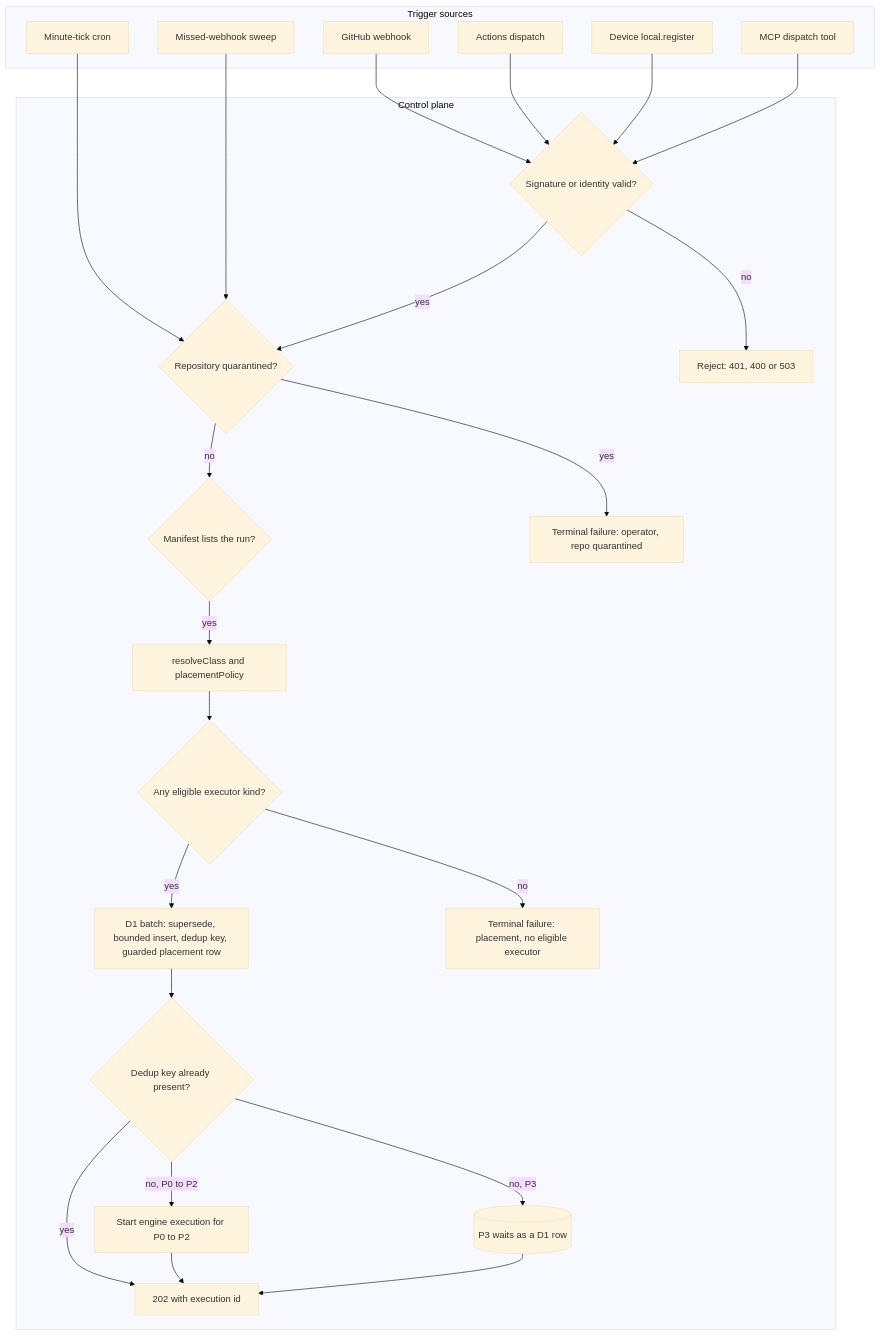
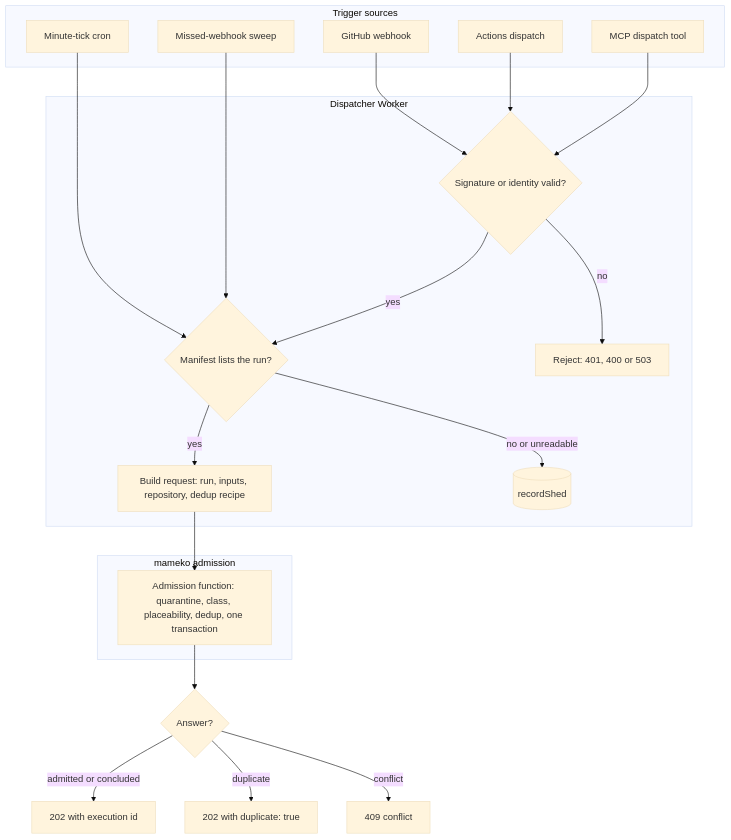
One commit to fractalboxdev/flare-dispatch changed the first of 3 diagrams in specs/intake.md. Above: the diagram before and after it, drawn with Mermaid (base theme). The commit also changed other lines of this file and 45 other files, not shown here.

````diff
--- a/specs/intake.md
+++ b/specs/intake.md
@@ -49,54 +56,47 @@
 ```mermaid
 flowchart TB
-  accTitle: Intake path from trigger to engine execution
+  accTitle: Intake path from trigger to admission
   subgraph src["Trigger sources"]
     gh[GitHub webhook]
     act[Actions dispatch]
     cron[Minute-tick cron]
     sweep[Missed-webhook sweep]
-    dev[Device local.register]
     mcp[MCP dispatch tool]
   end
-  subgraph cp["Control plane"]
+  subgraph cp["Dispatcher Worker"]
     auth{Signature or identity valid?}
-    quar{Repository quarantined?}
     man{Manifest lists the run?}
-    cls[resolveClass and placementPolicy]
-    elig{Any eligible executor kind?}
-    batch["D1 batch: supersede, bounded insert, dedup key, guarded placement row"]
-    dup{Dedup key already present?}
-    start[Start engine execution for P0 to P2]
-    p3row[(P3 waits as a D1 row)]
-    fail["Terminal failure: placement, no eligible executor"]
-    qfail["Terminal failure: operator, repo quarantined"]
+    req["Build request: run, inputs, repository, dedup recipe"]
     rej["Reject: 401, 400 or 503"]
-    ok[202 with execution id]
+    shed[(recordShed)]
   end
+  subgraph mk["mameko admission"]
+    adm["Admission function: quarantine, class, placeability, dedup, one transaction"]
+  end
+  ans{Answer?}
+  ok[202 with execution id]
+  dup["202 with duplicate: true"]
+  conf["409 conflict"]
   gh --> auth
   act --> auth
-  cron --> quar
-  sweep --> quar
-  dev --> auth
+  cron --> man
+  sweep --> man
   mcp --> auth
   auth -->|no| rej
-  auth -->|yes| quar
-  quar -->|yes| qfail
-  quar -->|no| man
-  man -->|yes| cls
-  cls --> elig
-  elig -->|no| fail
-  elig -->|yes| batch
-  batch --> dup
-  dup -->|yes| ok
-  dup -->|no, P0 to P2| start
-  dup -->|no, P3| p3row
-  start --> ok
-  p3row --> ok
-  class gh,act,cron,sweep,dev,mcp muted
-  class auth,quar,man,elig,dup warn
-  class cls,batch accent
-  class p3row store
-  class fail,qfail,rej danger
-  class start,ok ok
+  auth -->|yes| man
+  man -->|no or unreadable| shed
+  man -->|yes| req
+  req --> adm
+  adm --> ans
+  ans -->|admitted or concluded| ok
+  ans -->|duplicate| dup
+  ans -->|conflict| conf
+  class gh,act,cron,sweep,mcp muted
+  class auth,man,ans warn
+  class req,adm accent
+  class shed store
+  class rej,conf danger
+  class ok,dup ok
   class cp group
+  class mk group
 ```
````
